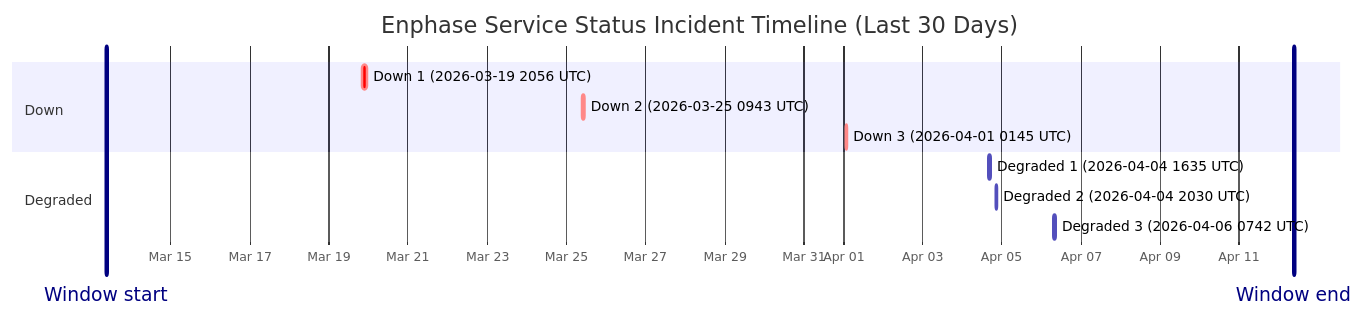
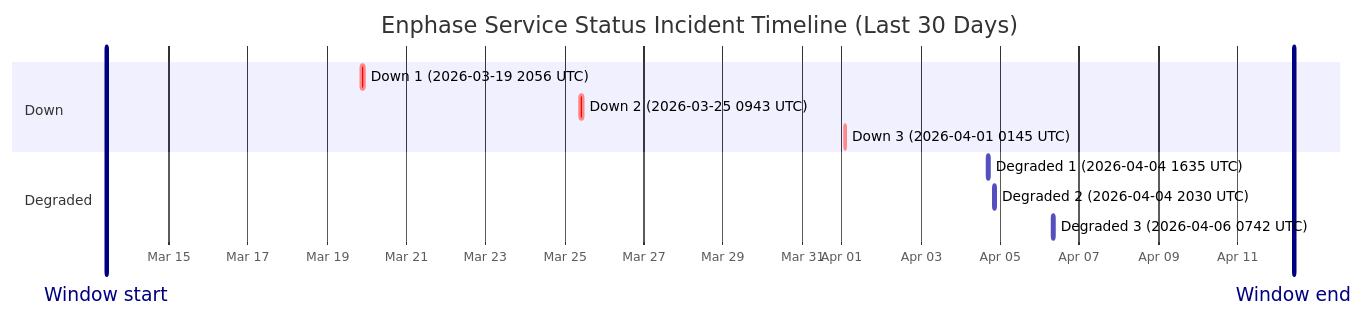
Before and after one commit to barneyonline/ha-enphase-ev-charger: the diagram in wiki/Service-Status-History.md, drawn with Mermaid. The commit also changed other lines of this file and 3 other files, not shown here.

````diff
--- a/wiki/Service-Status-History.md
+++ b/wiki/Service-Status-History.md
@@ -14,16 +14,16 @@
 ```mermaid
 gantt
     title Enphase Service Status Incident Timeline (Last 30 Days)
     dateFormat  YYYY-MM-DDTHH:mm:ss
     axisFormat  %b %d
-    Window start :vert, window-start, 2026-03-13T09:11:37, 0ms
-    Window end :vert, window-end, 2026-04-12T09:11:37, 0ms
+    Window start :vert, window-start, 2026-03-13T10:06:26, 0ms
+    Window end :vert, window-end, 2026-04-12T10:06:26, 0ms
     section Down
     Down 1 (2026-03-19 2056 UTC) :crit, down-1, 2026-03-19T20:56:20, 145m
     Down 2 (2026-03-25 0943 UTC) :crit, down-2, 2026-03-25T09:43:28, 111m
     Down 3 (2026-04-01 0145 UTC) :crit, down-3, 2026-04-01T01:45:09, 60m
     section Degraded
     Degraded 1 (2026-04-04 1635 UTC) :active, degraded-1, 2026-04-04T16:35:17, 60m
     Degraded 2 (2026-04-04 2030 UTC) :active, degraded-2, 2026-04-04T20:30:40, 60m
     Degraded 3 (2026-04-06 0742 UTC) :active, degraded-3, 2026-04-06T07:42:09, 85m
 ```
````
